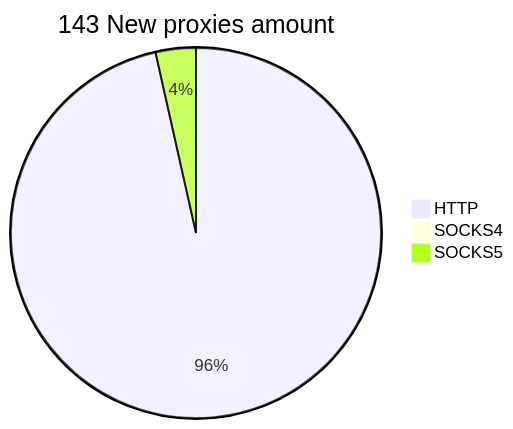
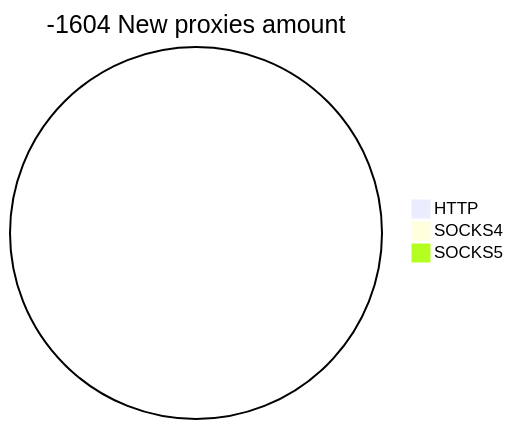
One commit to cutipu/proxylist changed the second of 2 diagrams in README.md. Above: the diagram before and after it, drawn with Mermaid. The commit also changed other lines of this file, not shown here.

````diff
--- a/README.md
+++ b/README.md
@@ -10,6 +10,6 @@
 ```mermaid
-pie title 143 New proxies amount
-    "HTTP" : 165
+pie title -1604 New proxies amount
+    "HTTP" : 0
     "SOCKS4" : 0
-    "SOCKS5" : 6
+    "SOCKS5" : 0
 ```
````
